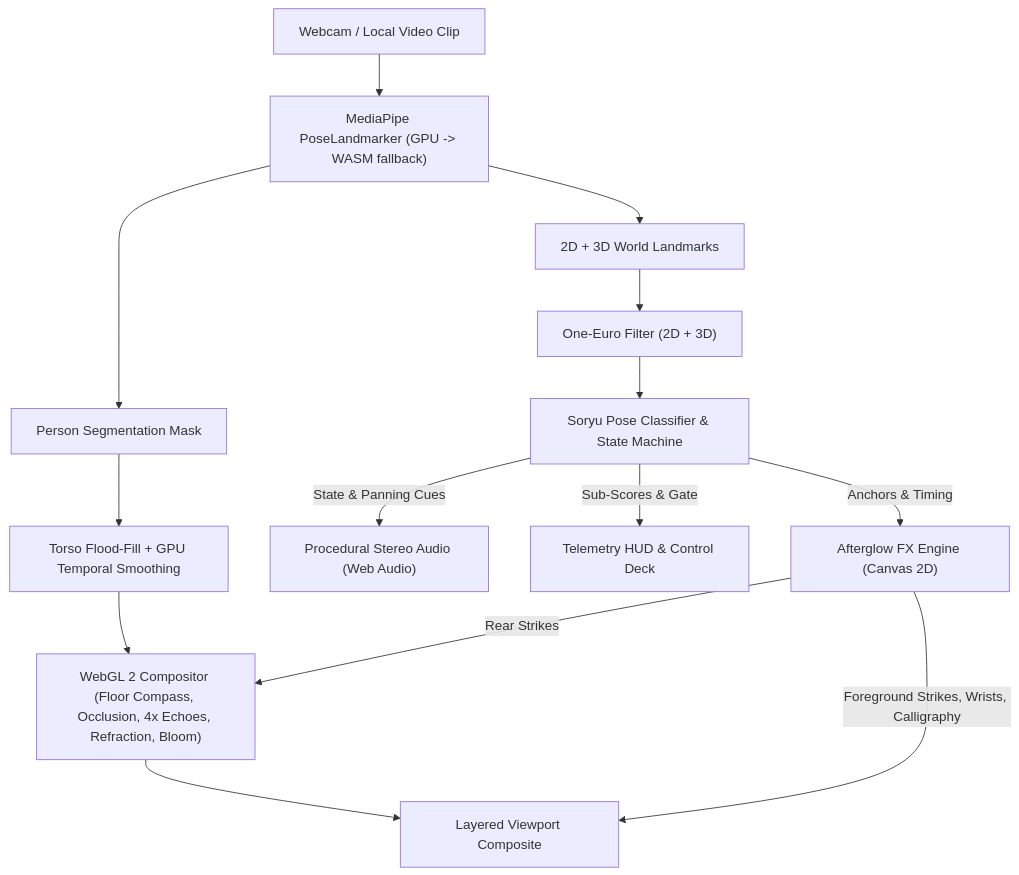
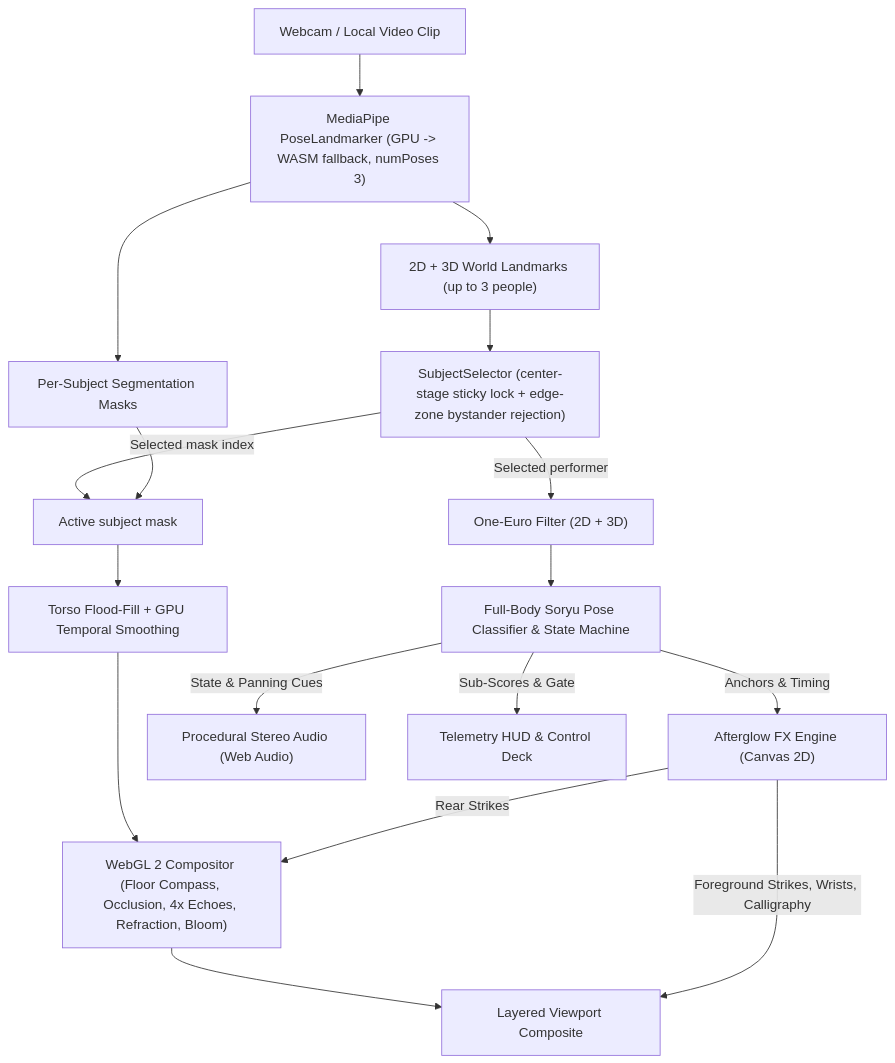
One commit to Mutesa-Cedric/akaza-pose-vfx changed the first of 2 diagrams in README.md. Above: the diagram before and after it, drawn with Mermaid. The commit also changed other lines of this file and 8 other files, not shown here.

Commit message:
feat: add multi-person center subject lock and full-body seated-chair guards

````diff
--- a/README.md
+++ b/README.md
@@ -32,19 +32,22 @@
 ```mermaid
 flowchart TD
-  Input["Webcam / Local Video Clip"] --> MP["MediaPipe PoseLandmarker (GPU -> WASM fallback)"]
+  Input["Webcam / Local Video Clip"] --> MP["MediaPipe PoseLandmarker (GPU -> WASM fallback, numPoses 3)"]
 
-  MP --> LM["2D + 3D World Landmarks"]
-  MP --> Mask["Person Segmentation Mask"]
+  MP --> LM["2D + 3D World Landmarks (up to 3 people)"]
+  MP --> Masks["Per-Subject Segmentation Masks"]
 
-  LM --> Filter["One-Euro Filter (2D + 3D)"]
-  Filter --> Classifier["Soryu Pose Classifier & State Machine"]
+  LM --> Selector["SubjectSelector (center-stage sticky lock + edge-zone bystander rejection)"]
+  Selector -->|"Selected performer"| Filter["One-Euro Filter (2D + 3D)"]
+  Selector -->|"Selected mask index"| Mask["Active subject mask"]
+  Masks --> Mask
+  Filter --> Classifier["Full-Body Soryu Pose Classifier & State Machine"]
   Classifier -->|"Anchors & Timing"| FX["Afterglow FX Engine (Canvas 2D)"]
   Classifier -->|"State & Panning Cues"| Audio["Procedural Stereo Audio (Web Audio)"]
   Classifier -->|"Sub-Scores & Gate"| HUD["Telemetry HUD & Control Deck"]
 
   Mask --> Matte["Torso Flood-Fill + GPU Temporal Smoothing"]
   Matte --> WebGL["WebGL 2 Compositor (Floor Compass, Occlusion, 4x Echoes, Refraction, Bloom)"]
   FX -->|"Rear Strikes"| WebGL
   WebGL --> Stage["Layered Viewport Composite"]
   FX -->|"Foreground Strikes, Wrists, Calligraphy"| Stage
 ```
````
